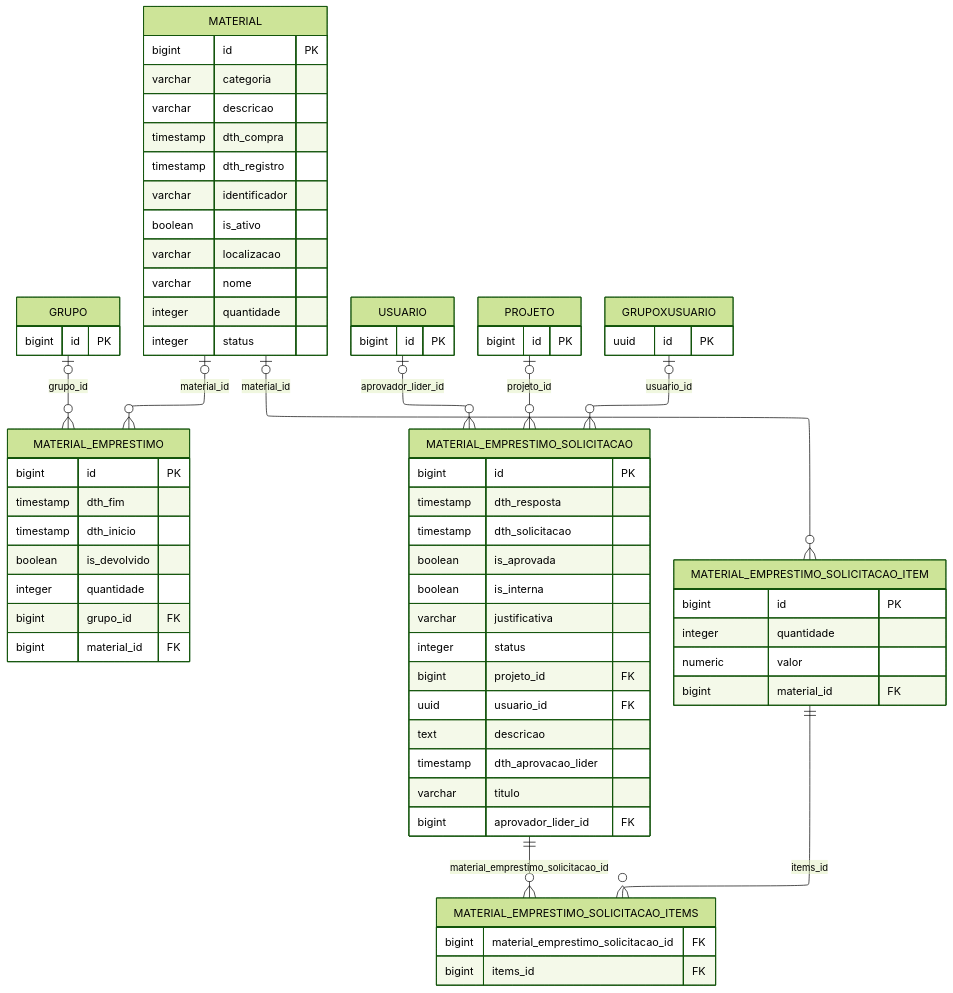
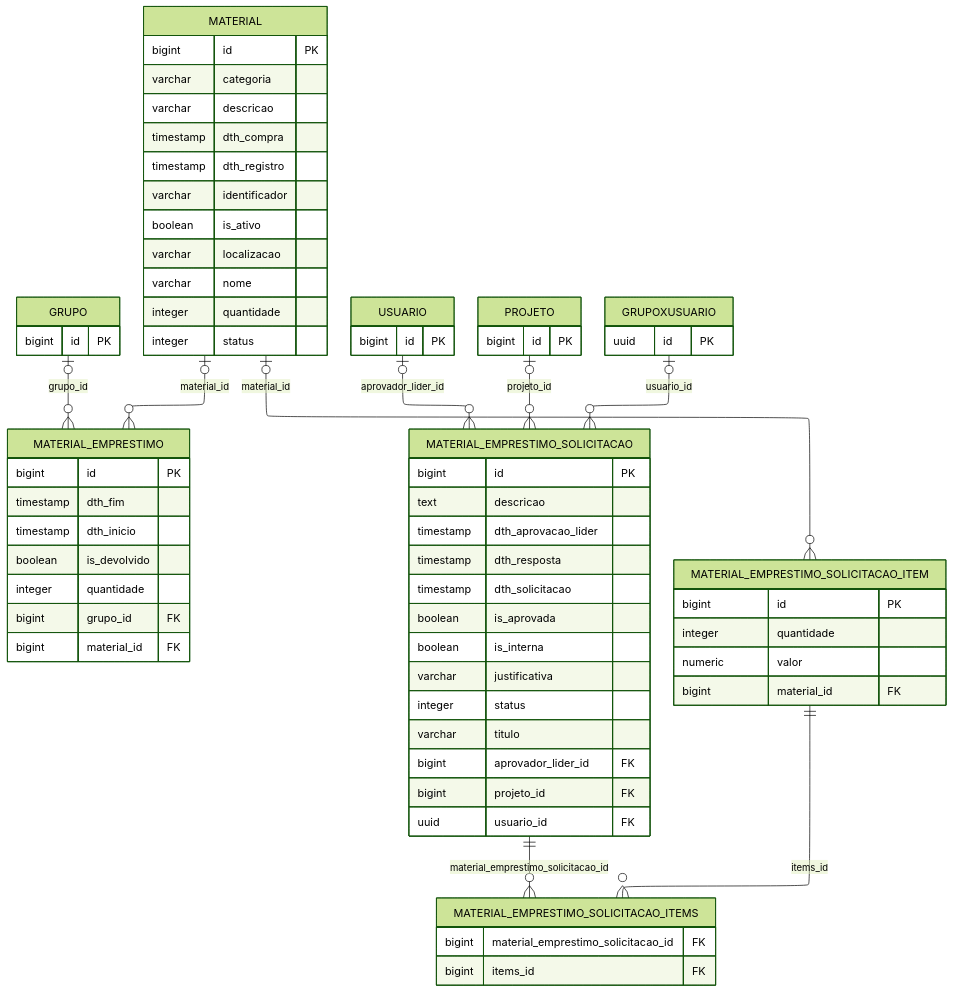
The diagram in docs/banco/der_materiais.mmd (orbytum/api), drawn with Mermaid (forest theme) before and after one commit. The commit also changed other lines of this file and 14 other files, not shown here.

```diff
--- a/docs/banco/der_materiais.mmd
+++ b/docs/banco/der_materiais.mmd
@@ -1,72 +1,72 @@
 ---
 config:
   layout: elk
 ---
 erDiagram
   GRUPO o|--o{ MATERIAL_EMPRESTIMO : "grupo_id"
   MATERIAL o|--o{ MATERIAL_EMPRESTIMO : "material_id"
   USUARIO o|--o{ MATERIAL_EMPRESTIMO_SOLICITACAO : "aprovador_lider_id"
   PROJETO o|--o{ MATERIAL_EMPRESTIMO_SOLICITACAO : "projeto_id"
   GRUPOXUSUARIO o|--o{ MATERIAL_EMPRESTIMO_SOLICITACAO : "usuario_id"
   MATERIAL o|--o{ MATERIAL_EMPRESTIMO_SOLICITACAO_ITEM : "material_id"
   MATERIAL_EMPRESTIMO_SOLICITACAO_ITEM ||--o{ MATERIAL_EMPRESTIMO_SOLICITACAO_ITEMS : "items_id"
   MATERIAL_EMPRESTIMO_SOLICITACAO ||--o{ MATERIAL_EMPRESTIMO_SOLICITACAO_ITEMS : "material_emprestimo_solicitacao_id"
   MATERIAL {
     bigint id PK
     varchar categoria
     varchar descricao
     timestamp dth_compra
     timestamp dth_registro
     varchar identificador
     boolean is_ativo
     varchar localizacao
     varchar nome
     integer quantidade
     integer status
   }
   MATERIAL_EMPRESTIMO {
     bigint id PK
     timestamp dth_fim
     timestamp dth_inicio
     boolean is_devolvido
     integer quantidade
     bigint grupo_id FK
     bigint material_id FK
   }
   MATERIAL_EMPRESTIMO_SOLICITACAO {
     bigint id PK
+    text descricao
+    timestamp dth_aprovacao_lider
     timestamp dth_resposta
     timestamp dth_solicitacao
     boolean is_aprovada
     boolean is_interna
     varchar justificativa
     integer status
+    varchar titulo
+    bigint aprovador_lider_id FK
     bigint projeto_id FK
     uuid usuario_id FK
-    text descricao
-    timestamp dth_aprovacao_lider
-    varchar titulo
-    bigint aprovador_lider_id FK
   }
   MATERIAL_EMPRESTIMO_SOLICITACAO_ITEM {
     bigint id PK
     integer quantidade
     numeric valor
     bigint material_id FK
   }
   MATERIAL_EMPRESTIMO_SOLICITACAO_ITEMS {
     bigint material_emprestimo_solicitacao_id FK
     bigint items_id FK
   }
   GRUPO {
     bigint id PK
   }
   GRUPOXUSUARIO {
     uuid id PK
   }
   PROJETO {
     bigint id PK
   }
   USUARIO {
     bigint id PK
   }
```
